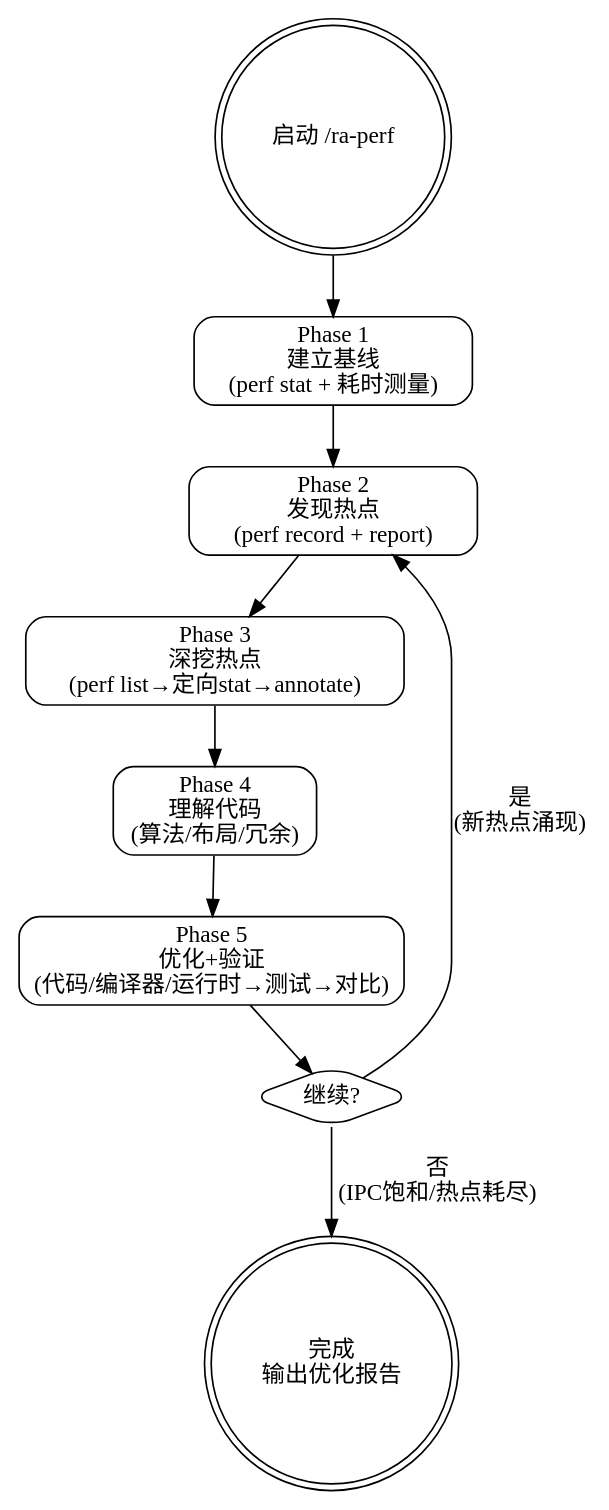
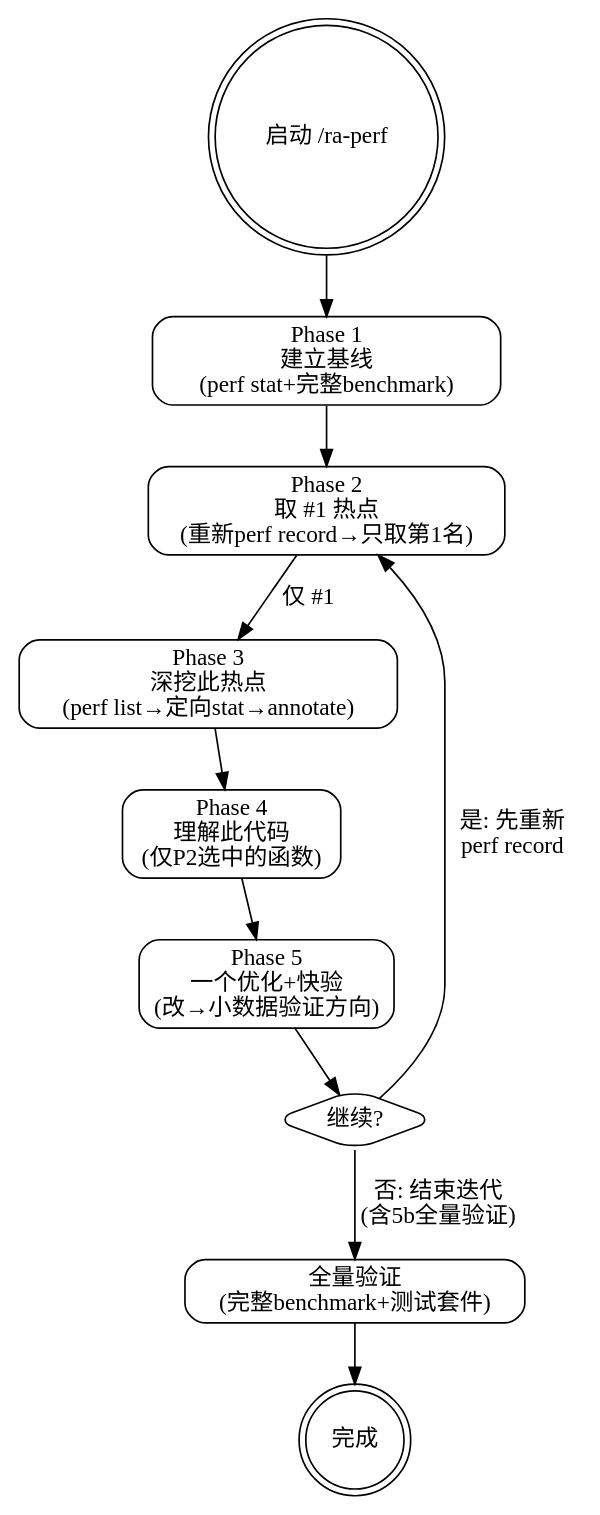
The diagram in skills/ra-perf/SKILL.md (sueichen/reliable-agent), drawn with Graphviz before and after one commit. The commit also changed other lines of this file and 2 other files, not shown here.

First line of the commit message:
fix(skills): 强化 ra-perf 迭代纪律——单热点内循环+禁止批量优化

````diff
--- a/skills/ra-perf/SKILL.md
+++ b/skills/ra-perf/SKILL.md
@@ -34,25 +34,27 @@
 ```dot
-digraph ra_perf_v2 {
+digraph ra_perf_v2_1 {
     rankdir=TB;
     node [shape=box, style=rounded];
 
     start [label="启动 /ra-perf", shape=doublecircle];
 
-    p1 [label="Phase 1\n建立基线\n(perf stat + 耗时测量)"];
-    p2 [label="Phase 2\n发现热点\n(perf record + report)"];
-    p3 [label="Phase 3\n深挖热点\n(perf list→定向stat→annotate)"];
-    p4 [label="Phase 4\n理解代码\n(算法/布局/冗余)"];
-    p5 [label="Phase 5\n优化+验证\n(代码/编译器/运行时→测试→对比)"];
+    p1 [label="Phase 1\n建立基线\n(perf stat+完整benchmark)"];
+    p2 [label="Phase 2\n取 #1 热点\n(重新perf record→只取第1名)"];
+    p3 [label="Phase 3\n深挖此热点\n(perf list→定向stat→annotate)"];
+    p4 [label="Phase 4\n理解此代码\n(仅P2选中的函数)"];
+    p5 [label="Phase 5\n一个优化+快验\n(改→小数据验证方向)"];
     next [label="继续?", shape=diamond];
-    done [label="完成\n输出优化报告", shape=doublecircle];
+    full [label="全量验证\n(完整benchmark+测试套件)"];
+    done [label="完成", shape=doublecircle];
 
     start -> p1;
     p1 -> p2;
-    p2 -> p3;
+    p2 -> p3 [label="仅 #1"];
     p3 -> p4;
     p4 -> p5;
     p5 -> next;
-    next -> p2 [label="是\n(新热点涌现)"];
-    next -> done [label="否\n(IPC饱和/热点耗尽)"];
+    next -> p2 [label="是: 先重新\nperf record"];
+    next -> full [label="否: 结束迭代\n(含5b全量验证)"];
+    full -> done;
 }
 ```
````
